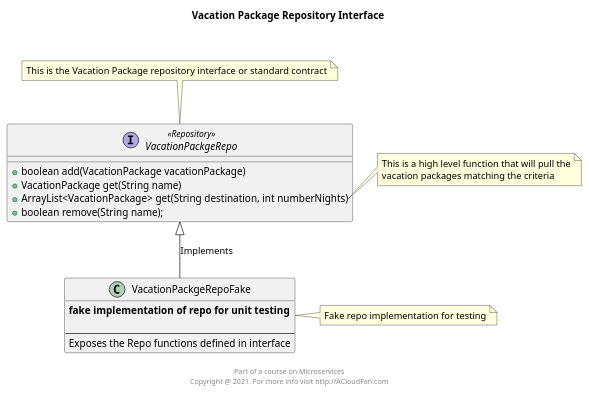
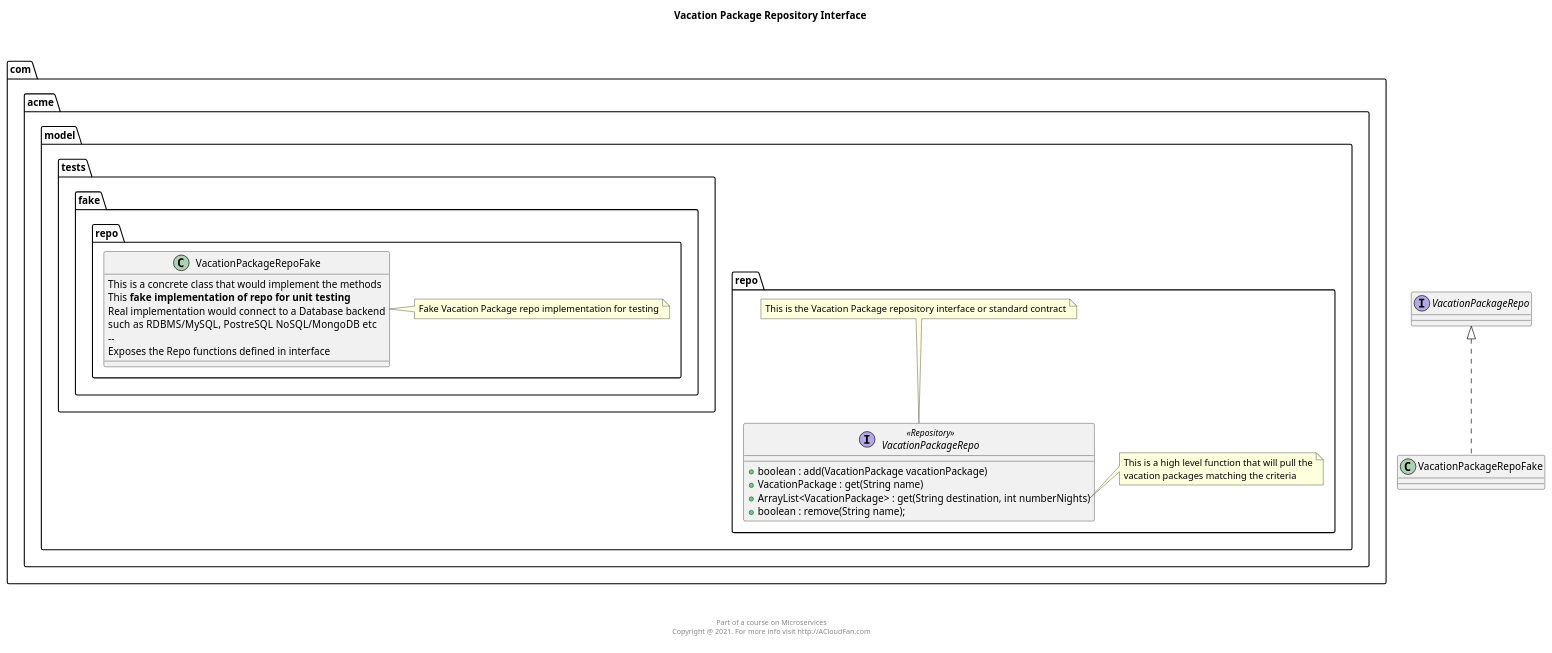
The diagram in uml/repo/vacationpackage.interface.puml (acloudfan/MSFA-ACME-Sales-vdraft), drawn with PlantUML before and after one commit. The commit also changed 32 other files, not shown here.

```diff
--- a/uml/repo/vacationpackage.interface.puml
+++ b/uml/repo/vacationpackage.interface.puml
@@ -1,29 +1,34 @@
 @startuml
 
-interface VacationPackgeRepo <<Repository>> {
-    + boolean add(VacationPackage vacationPackage)
-    + VacationPackage get(String name)
-    + ArrayList<VacationPackage> get(String destination, int numberNights)
-    + boolean remove(String name);
+package com.acme.model.repo {
+    interface VacationPackageRepo <<Repository>> {
+        + boolean : add(VacationPackage vacationPackage)
+        + VacationPackage : get(String name)
+        + ArrayList<VacationPackage> : get(String destination, int numberNights)
+        + boolean : remove(String name);
+    }
+
+    note top of VacationPackageRepo : This is the Vacation Package repository interface or standard contract
+    note right of VacationPackageRepo::"get(String destination, int numberNights)"
+        This is a high level function that will pull the
+        vacation packages matching the criteria
+    end note
 }
 
-note top of VacationPackgeRepo : This is the Vacation Package repository interface or standard contract
-note right of VacationPackgeRepo::"get(String destination, int numberNights)"
-    This is a high level function that will pull the
-    vacation packages matching the criteria
-end note
+package com.acme.model.tests.fake.repo {
+    class VacationPackageRepoFake {
+        This is a concrete class that would implement the methods
+                This <b>fake implementation of repo for unit testing</b>
+                Real implementation would connect to a Database backend
+                such as RDBMS/MySQL, PostreSQL   NoSQL/MongoDB etc
+                --
+                Exposes the Repo functions defined in interface
+    }
+    note right of VacationPackageRepoFake:Fake Vacation Package repo implementation for testing
+}
 
-class VacationPackgeRepoFake {
-     <b>fake implementation of repo for unit testing</b>
-
-    --
-    Exposes the Repo functions defined in interface
-}
-note right of VacationPackgeRepoFake:Fake repo implementation for testing
-
-
-VacationPackgeRepo <|-- VacationPackgeRepoFake  : Implements
+class VacationPackageRepoFake implements VacationPackageRepo
 
 title  Vacation Package Repository Interface \n \n
-footer \n Part of a course on Microservices \n Copyright @ 2021. For more info visit http://ACloudFan.com \n
+footer \n\n\n Part of a course on Microservices \n Copyright @ 2021. For more info visit http://ACloudFan.com \n
 @enduml
```
